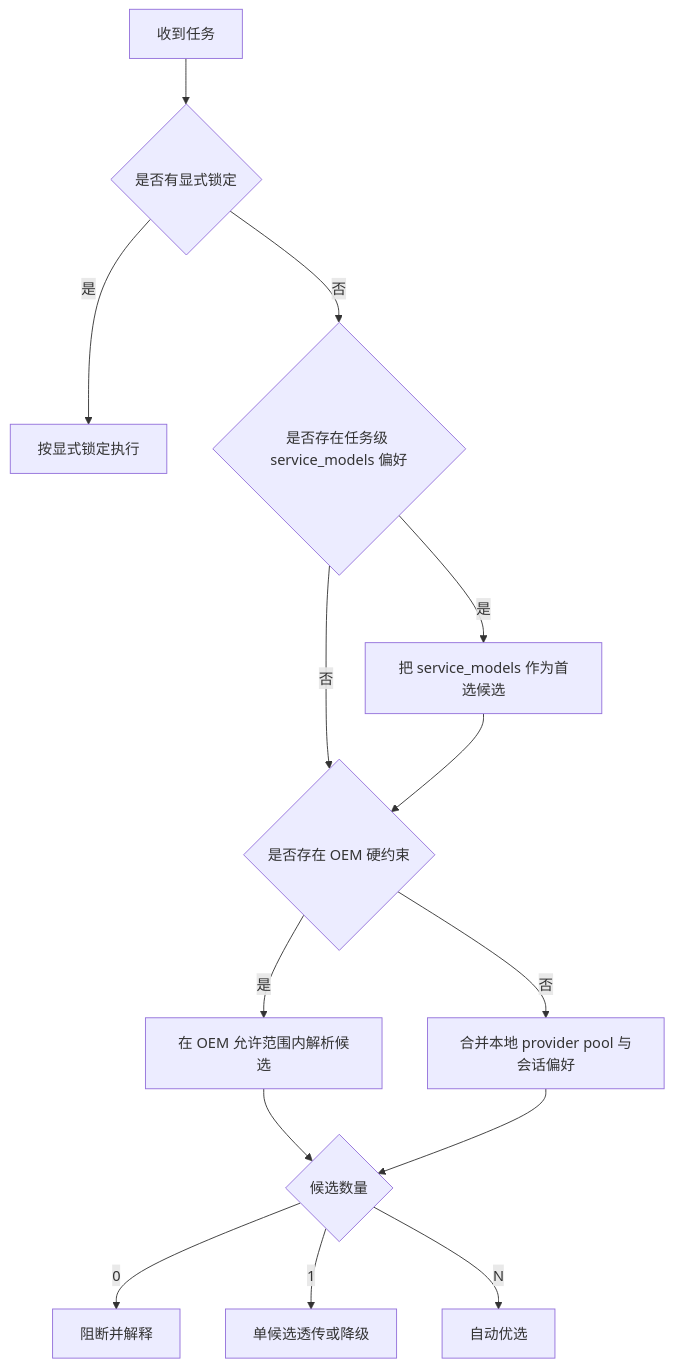
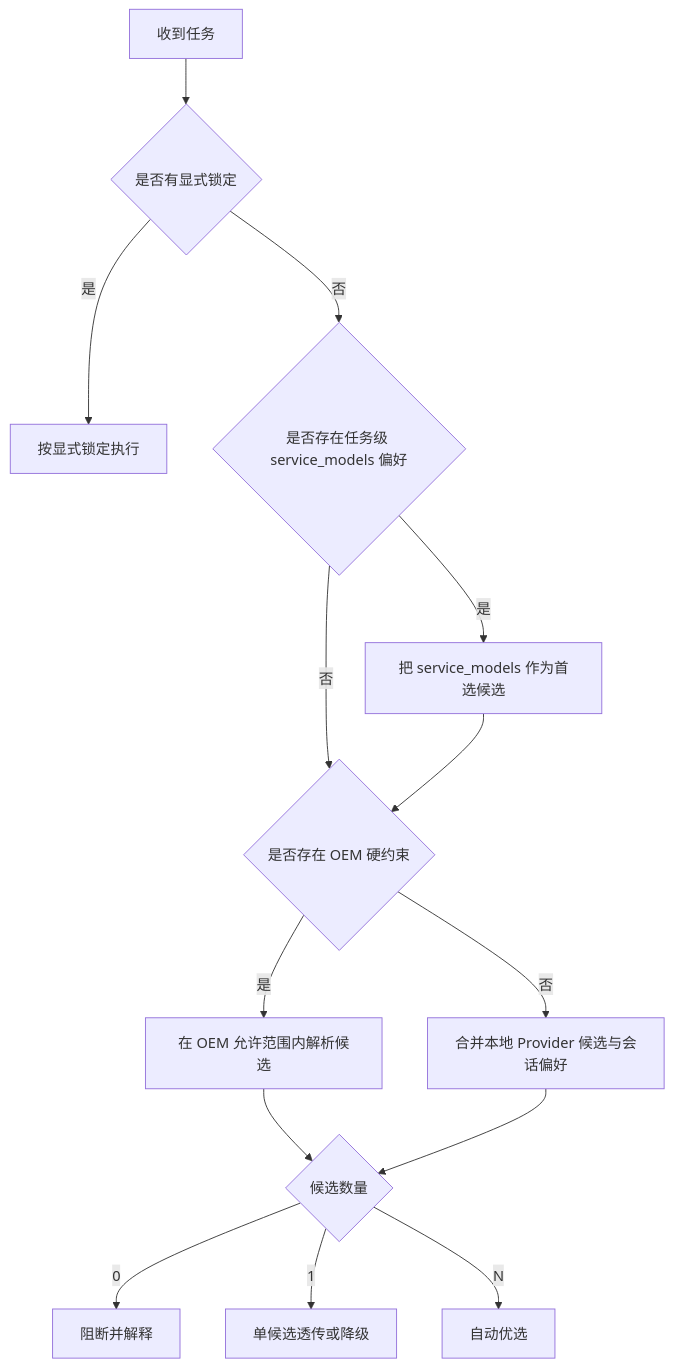
One commit to limecloud/lime changed the eighth of 9 diagrams in docs/roadmap/task/diagrams.md. Above: the diagram before and after it, drawn with Mermaid. The commit also changed other lines of this file and 242 other files, not shown here.

````diff
--- a/docs/roadmap/task/diagrams.md
+++ b/docs/roadmap/task/diagrams.md
@@ -159,19 +159,19 @@
 ```mermaid
 flowchart TD
     A[收到任务] --> B{是否有显式锁定}
     B -- 是 --> C[按显式锁定执行]
     B -- 否 --> D{是否存在任务级 service_models 偏好}
     D -- 是 --> E[把 service_models 作为首选候选]
     D -- 否 --> F{是否存在 OEM 硬约束}
     E --> F
 
     F -- 是 --> G[在 OEM 允许范围内解析候选]
-    F -- 否 --> H[合并本地 provider pool 与会话偏好]
+    F -- 否 --> H[合并本地 Provider 候选与会话偏好]
 
     G --> I{候选数量}
     H --> I
 
     I -- 0 --> J[阻断并解释]
     I -- 1 --> K[单候选透传或降级]
     I -- N --> L[自动优选]
 ```
````
